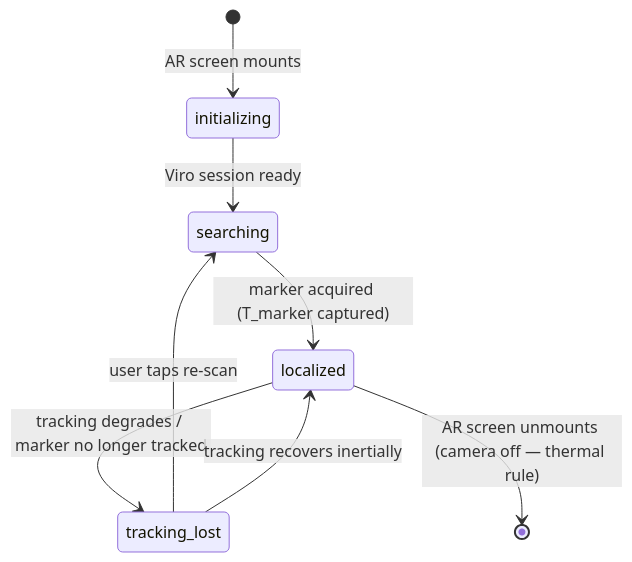
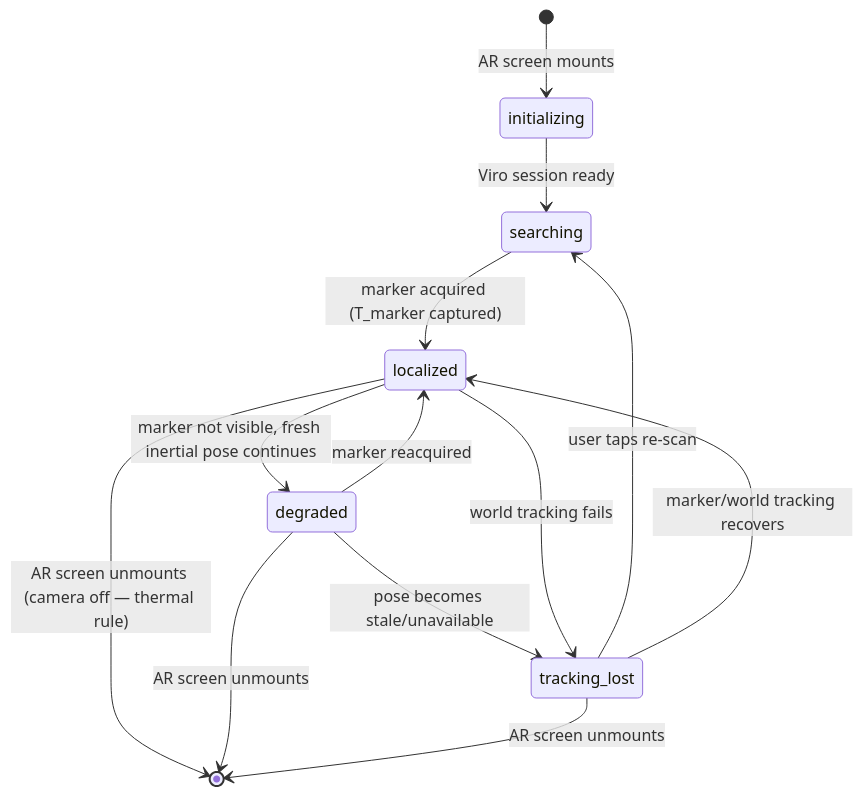
The ninth of 9 diagrams in ARCHITECTURE.md (Vaibtan/CodexWars), drawn with Mermaid before and after one commit. The commit also changed other lines of this file and 14 other files, not shown here.

Commit message:
docs: harden P0 architecture and align scaffold

````diff
--- a/ARCHITECTURE.md
+++ b/ARCHITECTURE.md
@@ -230,10 +257,15 @@
 ```mermaid
 stateDiagram-v2
     [*] --> initializing: AR screen mounts
     initializing --> searching: Viro session ready
     searching --> localized: marker acquired (T_marker captured)
-    localized --> tracking_lost: tracking degrades / marker no longer tracked
+    localized --> degraded: marker not visible, fresh inertial pose continues
+    degraded --> localized: marker reacquired
+    degraded --> tracking_lost: pose becomes stale/unavailable
+    localized --> tracking_lost: world tracking fails
     tracking_lost --> searching: user taps re-scan
-    tracking_lost --> localized: tracking recovers inertially
+    tracking_lost --> localized: marker/world tracking recovers
     localized --> [*]: AR screen unmounts (camera off — thermal rule)
+    degraded --> [*]: AR screen unmounts
+    tracking_lost --> [*]: AR screen unmounts
 ```
````
